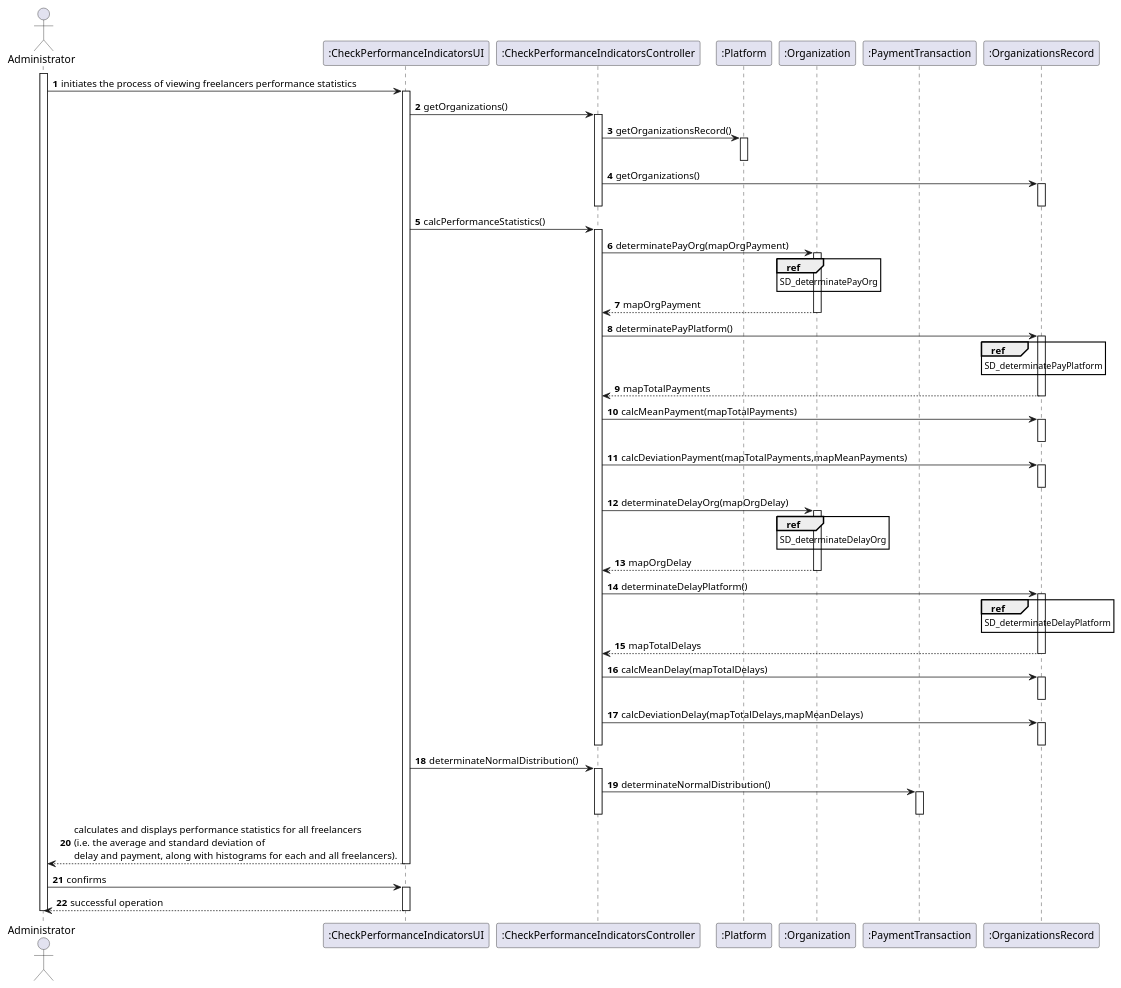
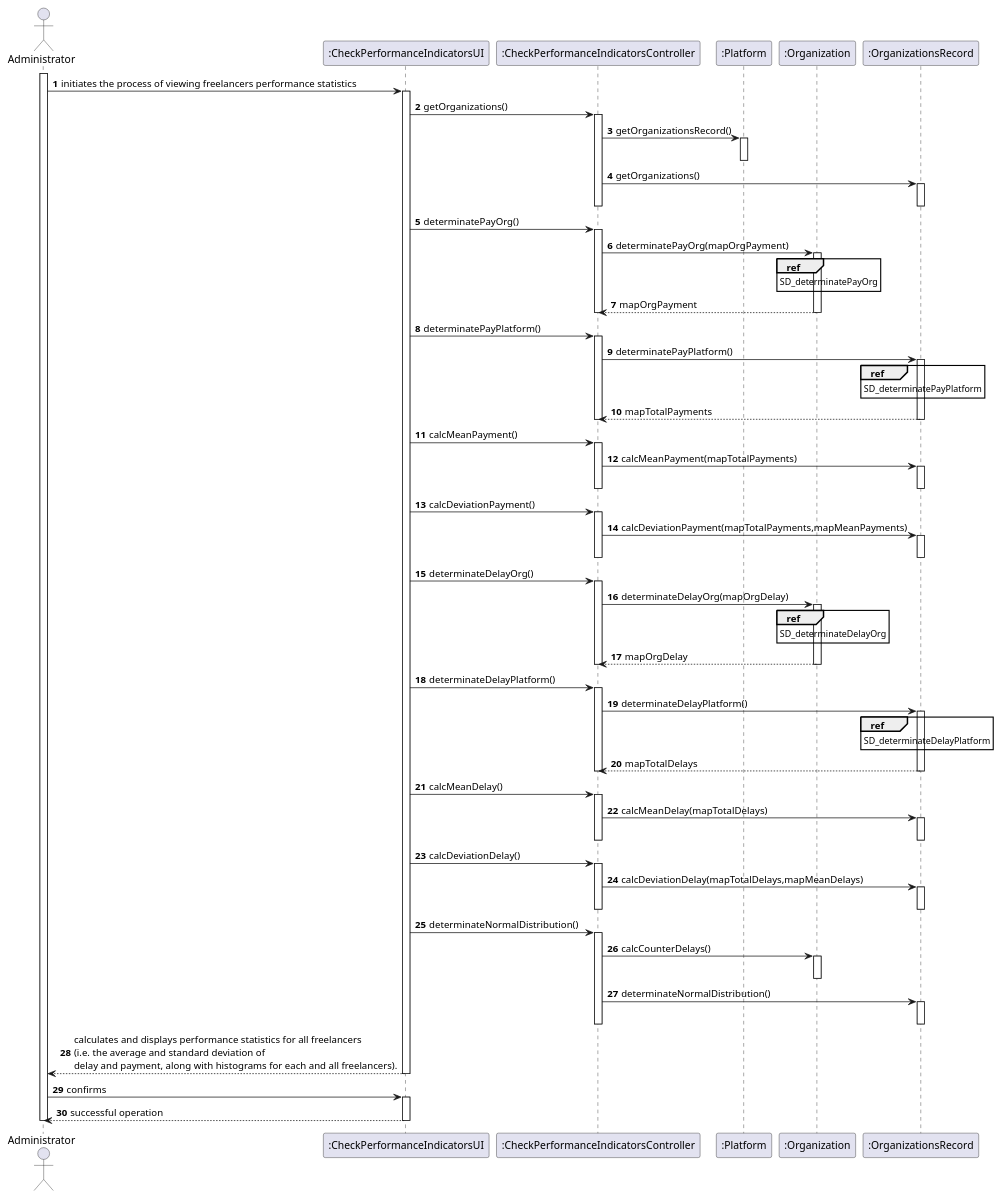
The diagram in docs/UC6 - Check performance indicators/UC6_SD.puml (pedrolemos4/LAPR2), drawn with PlantUML before and after one commit. The commit also changed 3 other files, not shown here.

```diff
--- a/docs/UC6 - Check performance indicators/UC6_SD.puml
+++ b/docs/UC6 - Check performance indicators/UC6_SD.puml
@@ -1,90 +1,116 @@
 @startuml
 autonumber
 
 actor "Administrator" as ADM
 participant ":CheckPerformanceIndicatorsUI" as UI
 participant ":CheckPerformanceIndicatorsController" as CTL
 participant ":Platform" as PLT
 participant ":Organization" as O
-participant ":PaymentTransaction" as T
 participant ":OrganizationsRecord" as RO
 
 activate ADM
 ADM -> UI : initiates the process of viewing freelancers performance statistics
 activate UI
 
 UI -> CTL : getOrganizations()
 activate CTL
 CTL -> PLT : getOrganizationsRecord()
 activate PLT
 deactivate PLT
 CTL -> RO : getOrganizations()
 activate RO
 deactivate RO
 deactivate CTL
 
-UI -> CTL : calcPerformanceStatistics()
+UI -> CTL : determinatePayOrg()
 activate CTL
 
 CTL -> O : determinatePayOrg(mapOrgPayment)
 activate O
 ref over O
 SD_determinatePayOrg
 end ref
 CTL <-- O : mapOrgPayment
 deactivate O
+deactivate CTL
+
+UI -> CTL : determinatePayPlatform()
+activate CTL
 CTL -> RO : determinatePayPlatform()
 activate RO
 ref over RO
 SD_determinatePayPlatform
 end ref
 CTL <-- RO : mapTotalPayments
 deactivate RO
+deactivate CTL
+
+UI -> CTL : calcMeanPayment()
+activate CTL
 CTL -> RO : calcMeanPayment(mapTotalPayments)
 activate RO
 deactivate RO
+deactivate CTL
+
+UI -> CTL : calcDeviationPayment()
+activate CTL
 CTL -> RO : calcDeviationPayment(mapTotalPayments,mapMeanPayments)
 activate RO
 deactivate RO
+deactivate CTL
 
+UI -> CTL : determinateDelayOrg()
+activate CTL
 CTL -> O : determinateDelayOrg(mapOrgDelay)
 activate O
 ref over O
 SD_determinateDelayOrg
 end ref
 CTL <-- O : mapOrgDelay
 deactivate O
+deactivate CTL
+
+UI -> CTL : determinateDelayPlatform()
+activate CTL
 CTL -> RO : determinateDelayPlatform()
 activate RO
 ref over RO
 SD_determinateDelayPlatform
 end ref
 CTL <-- RO : mapTotalDelays
 deactivate RO
+deactivate CTL
+
+UI -> CTL : calcMeanDelay()
+activate CTL
 CTL -> RO : calcMeanDelay(mapTotalDelays)
 activate RO
 deactivate RO
+deactivate CTL
+
+UI -> CTL : calcDeviationDelay()
+activate CTL
 CTL -> RO : calcDeviationDelay(mapTotalDelays,mapMeanDelays)
 activate RO
 deactivate RO
 deactivate CTL
 
 UI -> CTL : determinateNormalDistribution()
 activate CTL
-CTL -> T: determinateNormalDistribution()
-activate T
-deactivate T
+CTL -> O : calcCounterDelays()
+activate O
+deactivate O
+CTL -> RO: determinateNormalDistribution()
+activate RO
+deactivate RO
 deactivate CTL
 
 UI --> ADM : calculates and displays performance statistics for all freelancers \n(i.e. the average and standard deviation of \ndelay and payment, along with histograms for each and all freelancers).
 deactivate UI
 ADM -> UI : confirms
 activate UI
 UI --> ADM : successful operation
 deactivate UI
 deactivate ADM
 
- 
-
-
 @enduml
```
